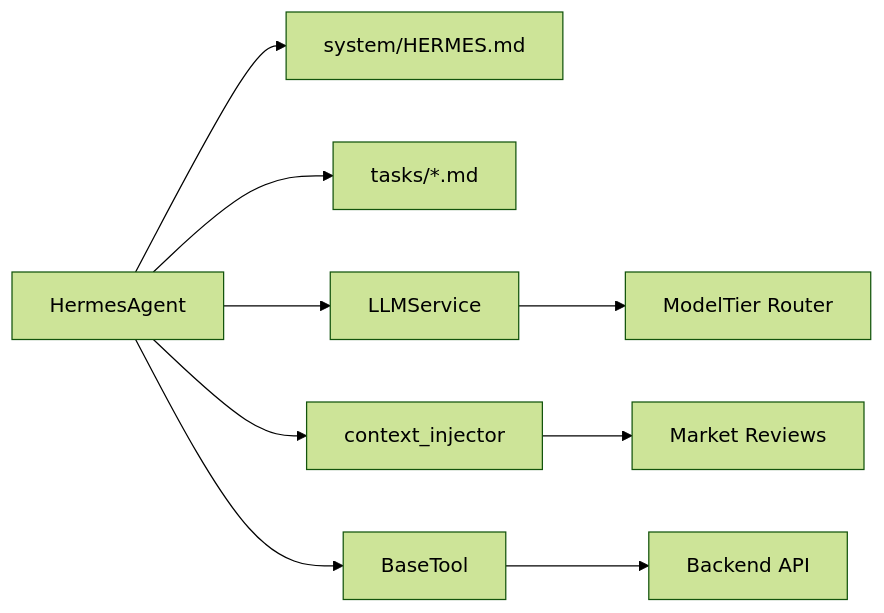
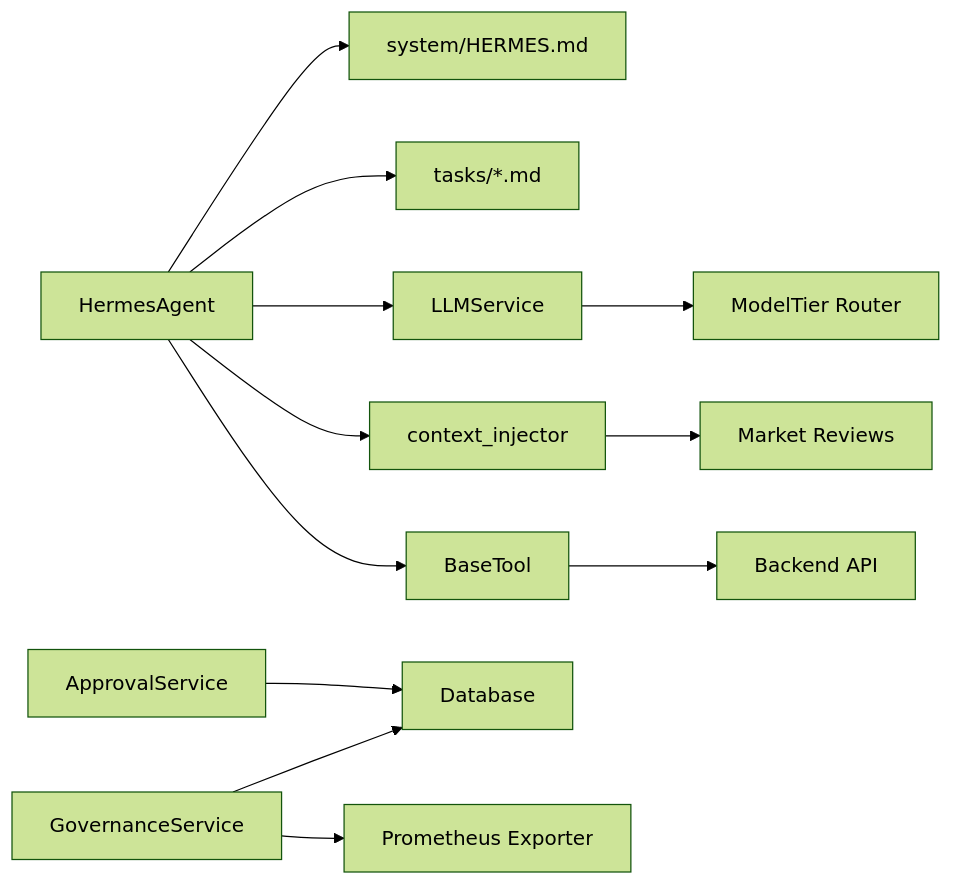
Before and after one commit to songlinhe5-lab/quant_agent: the third of 3 diagrams in .qoder/repowiki/zh/content/AI智能代理系统/提示词工程/提示词工程.md, drawn with Mermaid (forest theme). The commit also changed other lines of this file and 294 other files, not shown here.

````diff
--- a/.qoder/repowiki/zh/content/AI智能代理系统/提示词工程/提示词工程.md
+++ b/.qoder/repowiki/zh/content/AI智能代理系统/提示词工程/提示词工程.md
@@ -215,11 +303,14 @@
 ```mermaid
 graph LR
 AG["HermesAgent"] --> SYS["system/HERMES.md"]
 AG --> TSK["tasks/*.md"]
 AG --> LLM["LLMService"]
 AG --> CI["context_injector"]
 AG --> TOOLS["BaseTool"]
 LLM --> ROUTER["ModelTier Router"]
 CI --> REVIEW["Market Reviews"]
 TOOLS --> BACKEND["Backend API"]
+GOV["GovernanceService"] --> DB["Database"]
+GOV --> PROM["Prometheus Exporter"]
+APPROVAL["ApprovalService"] --> DB
 ```
````
